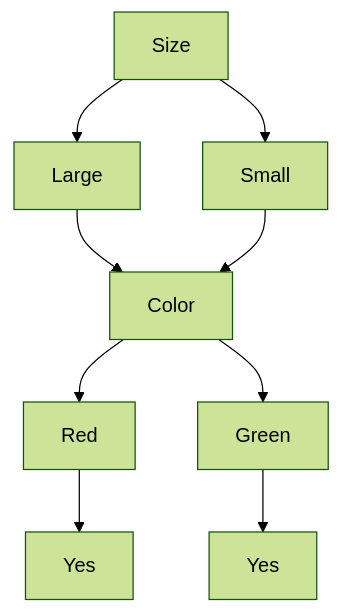
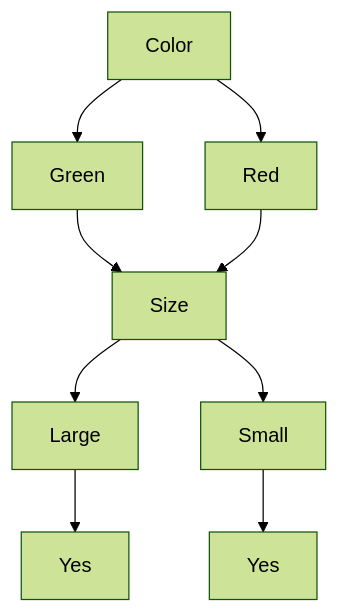
Before and after one commit to shasankp000/CSE-Engineering-Notes: the ninth of 10 diagrams in src/site/notes/Machine Learning/Module 1 -- Supervised Learning -- Machine Learning.md, drawn with Mermaid (forest theme). The commit also changed other lines of this file, not shown here.

````diff
--- a/src/site/notes/Machine Learning/Module 1 -- Supervised Learning -- Machine Learning.md
+++ b/src/site/notes/Machine Learning/Module 1 -- Supervised Learning -- Machine Learning.md
@@ -1203,11 +1204,11 @@
 ```mermaid
 flowchart TD;
+	Color-->Red
+	Color-->Green
+	Green-->Size
+	Red-->Size
 	Size-->Large
 	Size-->Small
-	Large-->Color
-	Small-->Color
-	Color-->Red
-	Color-->Green
-	Red-->RedLeaf[Yes]
-	Green-->GreenLeaf[Yes]
+	Large-->LargeLeaf[Yes]
+	Small-->SmallLeaf[Yes]
 ```
````
